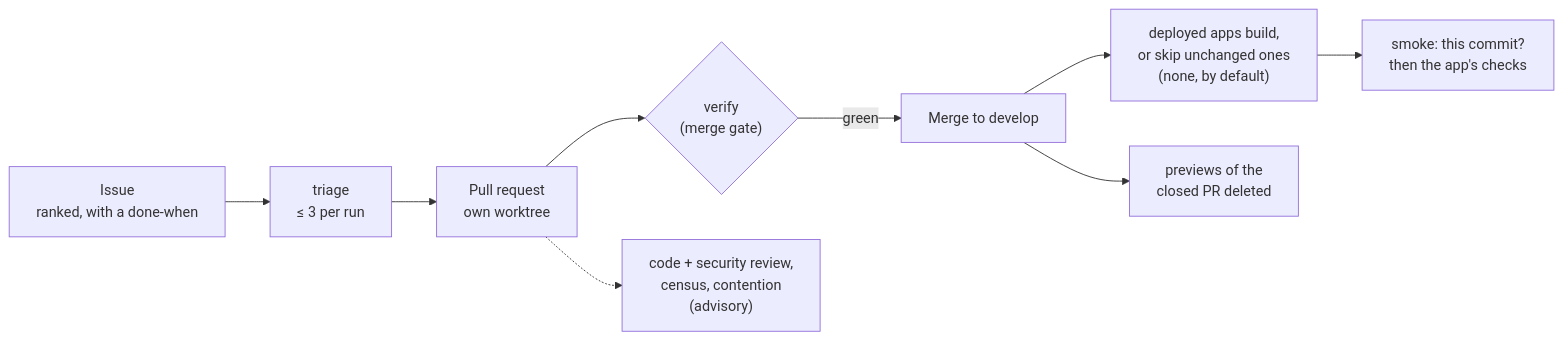
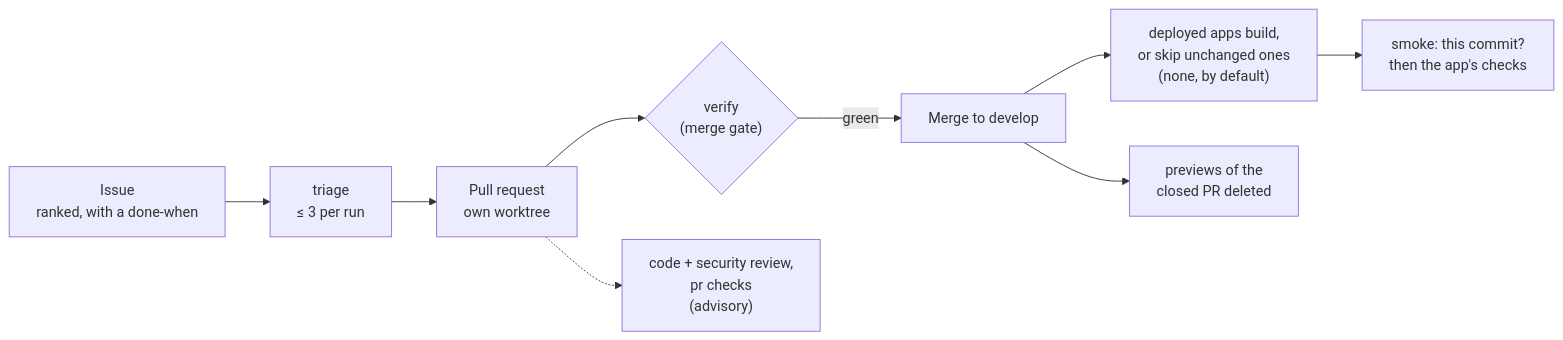
Before and after one commit to stevemarvell/boris: the second of 2 diagrams in README.md, drawn with Mermaid. The commit also changed other lines of this file and 26 other files, not shown here.

````diff
--- a/README.md
+++ b/README.md
@@ -290,11 +290,11 @@
 ```mermaid
 flowchart LR
   issue["Issue<br/>ranked, with a done-when"] --> triage["triage<br/>≤ 3 per run"]
   triage --> pr["Pull request<br/>own worktree"]
   pr --> checks{"verify<br/>(merge gate)"}
-  pr -.-> reviews["code + security review,<br/>census, contention<br/>(advisory)"]
+  pr -.-> reviews["code + security review,<br/>pr checks<br/>(advisory)"]
   checks -- green --> merge[Merge to develop]
   merge --> deploy["deployed apps build,<br/>or skip unchanged ones<br/>(none, by default)"]
   deploy --> smoke["smoke: this commit?<br/>then the app's checks"]
   merge --> prune["previews of the<br/>closed PR deleted"]
 ```
````
